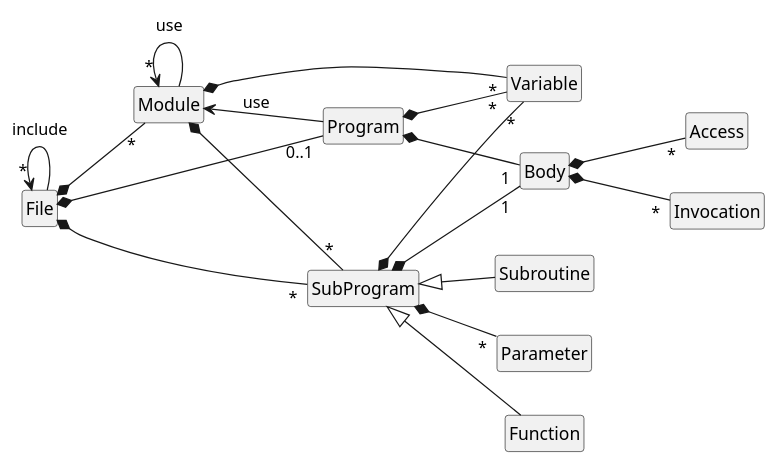
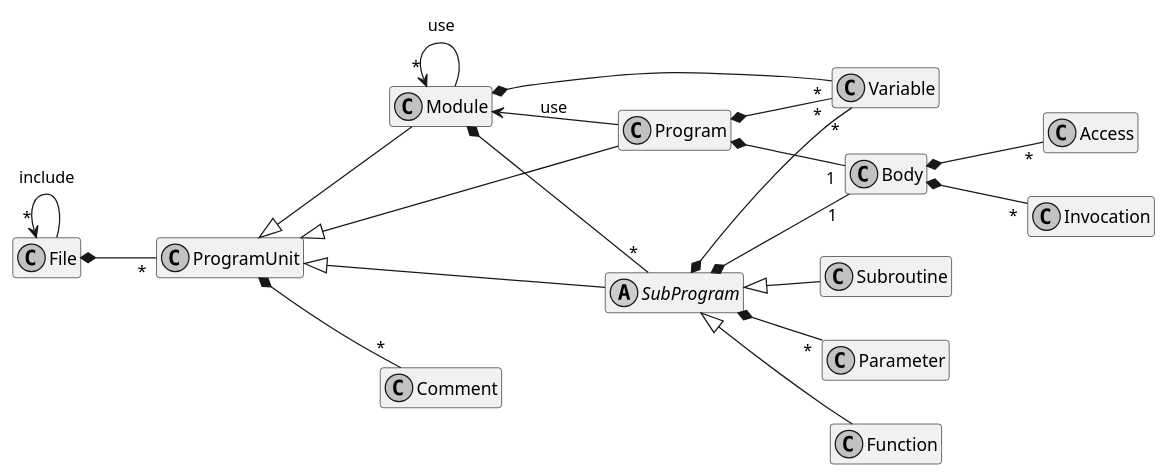
The diagram in data/fortran-mm.puml (NicolasAnquetil/EsopeMetamodelGenerator), drawn with PlantUML before and after one commit. The commit also changed 4 other files, not shown here.

Commit message:
Render PlantUML files

```diff
--- a/data/fortran-mm.puml
+++ b/data/fortran-mm.puml
@@ -1,47 +1,50 @@
 @startuml
 
 skinparam monochrome true
 
 left to right direction
 
-hide circle
 hide members
 
 class File
+class ProgramUnit
 class Module
 class Program
 class Variable
-class SubProgram
+abstract class SubProgram
 class Parameter
 class Function
 class Subroutine
 class Body
 class Access
 class Invocation
+class Comment
 
 File "*" <-- File : include
-File  *-- "*"  Module
-File  *-- "*" SubProgram
-File  *-- "0..1" Program
+File *-- "*" ProgramUnit
+ProgramUnit  <|-- Module
+ProgramUnit  <|-- SubProgram
+ProgramUnit  <|-- Program
+ProgramUnit *-- "*" Comment
 
 Module "*" <-- Module : use
 Module <-- Program : use
 
 Module  *-- "*" Variable
 Module  *-- "*" SubProgram
 Program *-- "*" Variable
 
 SubProgram <|-- Function
 SubProgram <|-- Subroutine
 
 SubProgram  *-- "*" Parameter
 SubProgram  *-- "*" Variable
 
 Body  *-- "*" Access
 Body  *-- "*" Invocation
 
 SubProgram  *-- "1" Body
 Program  *-- "1" Body
 
 
 @enduml
```
